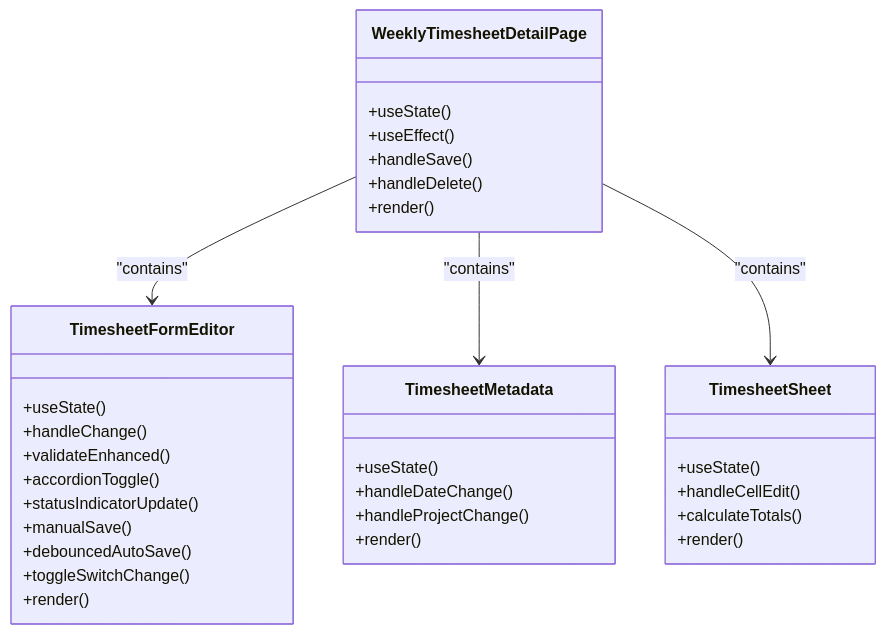
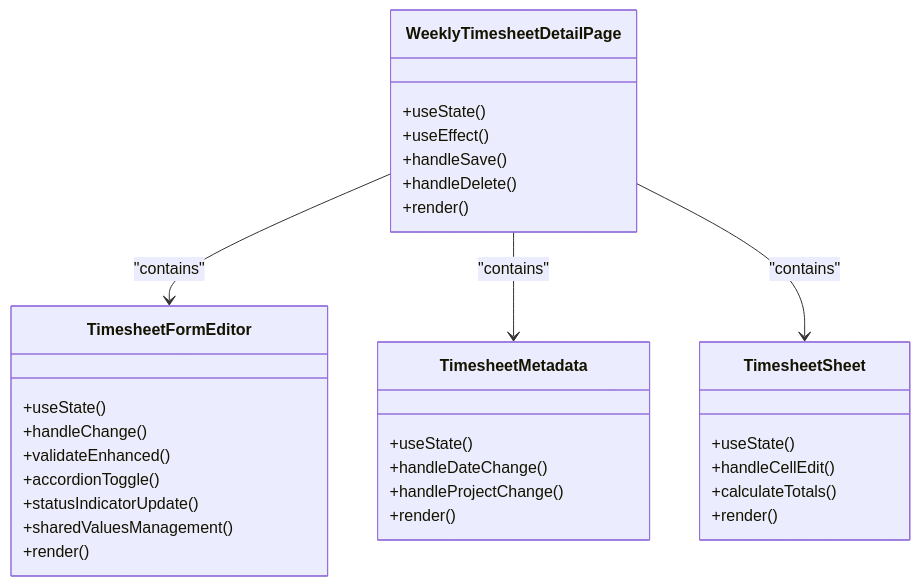
One commit to RobertRuas/windlog changed the third of 6 diagrams in .qoder/repowiki/en/content/Arquitetura Frontend/Timesheet Semanal - Interface Frontend.md. Above: the diagram before and after it, drawn with Mermaid. The commit also changed other lines of this file and 100 other files, not shown here.

````diff
--- a/.qoder/repowiki/en/content/Arquitetura Frontend/Timesheet Semanal - Interface Frontend.md
+++ b/.qoder/repowiki/en/content/Arquitetura Frontend/Timesheet Semanal - Interface Frontend.md
@@ -165,36 +165,34 @@
 ```mermaid
 classDiagram
 class WeeklyTimesheetDetailPage {
 +useState()
 +useEffect()
 +handleSave()
 +handleDelete()
 +render()
 }
 class TimesheetFormEditor {
 +useState()
 +handleChange()
 +validateEnhanced()
 +accordionToggle()
 +statusIndicatorUpdate()
-+manualSave()
-+debouncedAutoSave()
-+toggleSwitchChange()
++sharedValuesManagement()
 +render()
 }
 class TimesheetMetadata {
 +useState()
 +handleDateChange()
 +handleProjectChange()
 +render()
 }
 class TimesheetSheet {
 +useState()
 +handleCellEdit()
 +calculateTotals()
 +render()
 }
 WeeklyTimesheetDetailPage --> TimesheetFormEditor : "contains"
 WeeklyTimesheetDetailPage --> TimesheetMetadata : "contains"
 WeeklyTimesheetDetailPage --> TimesheetSheet : "contains"
 ```
````
